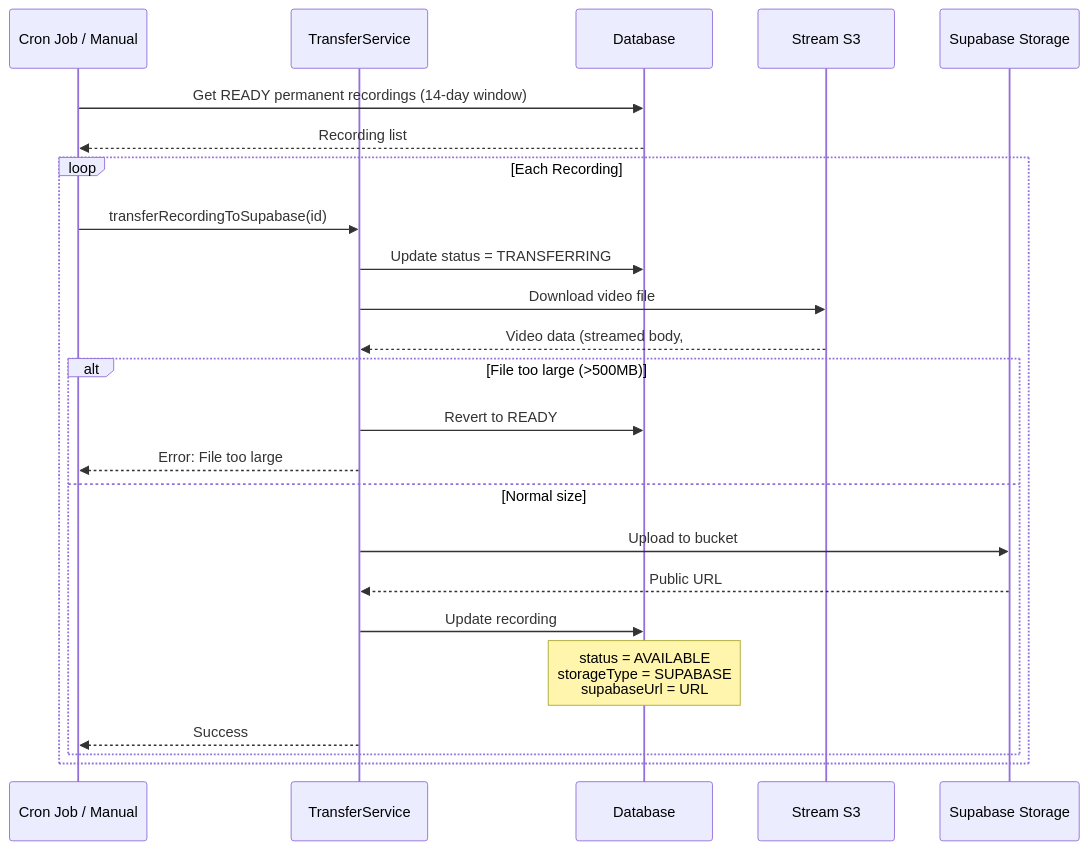
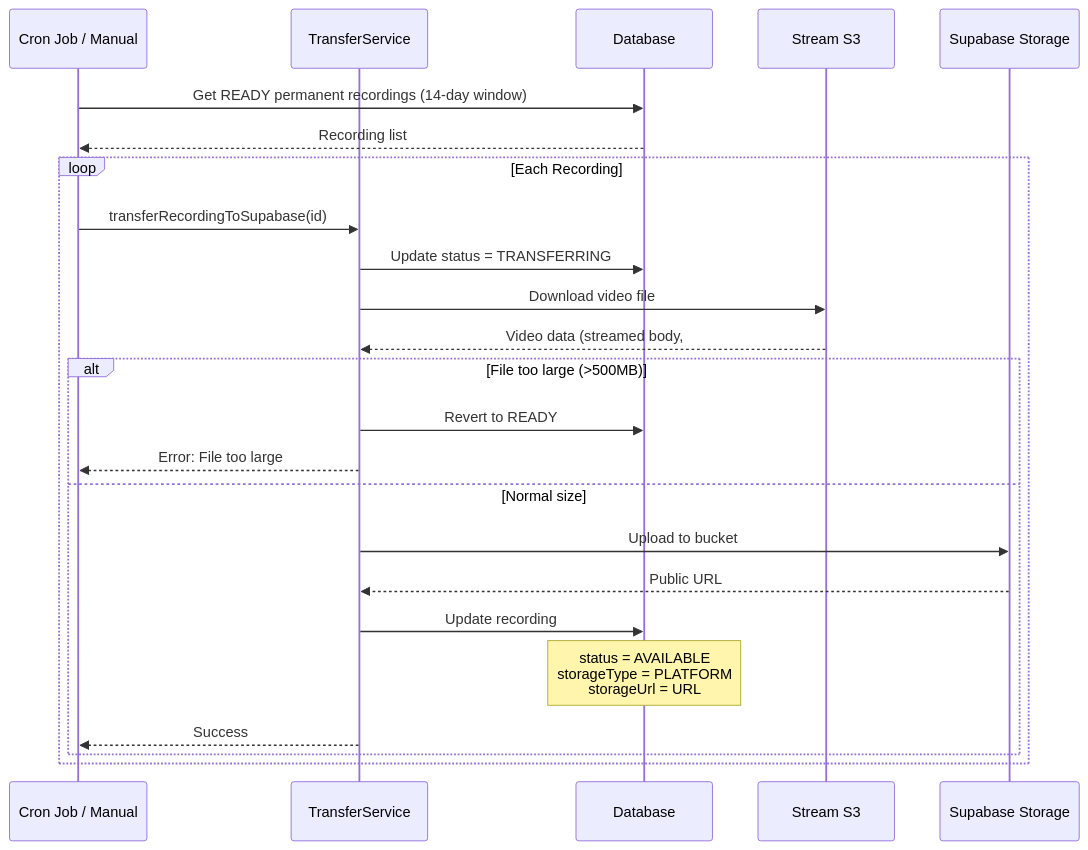
The seventh of 7 diagrams in docs/stream/13-recording-webhooks.md (Practitionist/familiarise_web), drawn with Mermaid before and after one commit. The commit also changed other lines of this file and 9 other files, not shown here.

````diff
--- a/docs/stream/13-recording-webhooks.md
+++ b/docs/stream/13-recording-webhooks.md
@@ -497,31 +614,31 @@
 ```mermaid
 sequenceDiagram
     participant Cron as Cron Job / Manual
     participant Transfer as TransferService
     participant DB as Database
     participant Stream as Stream S3
     participant Supa as Supabase Storage
 
     Cron->>DB: Get READY permanent recordings (14-day window)
     DB-->>Cron: Recording list
 
     loop Each Recording
         Cron->>Transfer: transferRecordingToSupabase(id)
         Transfer->>DB: Update status = TRANSFERRING
 
         Transfer->>Stream: Download video file
         Stream-->>Transfer: Video data (streamed body, #899)
 
         alt File too large (>500MB)
             Transfer->>DB: Revert to READY
             Transfer-->>Cron: Error: File too large
         else Normal size
             Transfer->>Supa: Upload to bucket
             Supa-->>Transfer: Public URL
 
             Transfer->>DB: Update recording
-            Note over DB: status = AVAILABLE<br/>storageType = SUPABASE<br/>supabaseUrl = URL
+            Note over DB: status = AVAILABLE<br/>storageType = PLATFORM<br/>storageUrl = URL
             Transfer-->>Cron: Success
         end
     end
 ```
````
